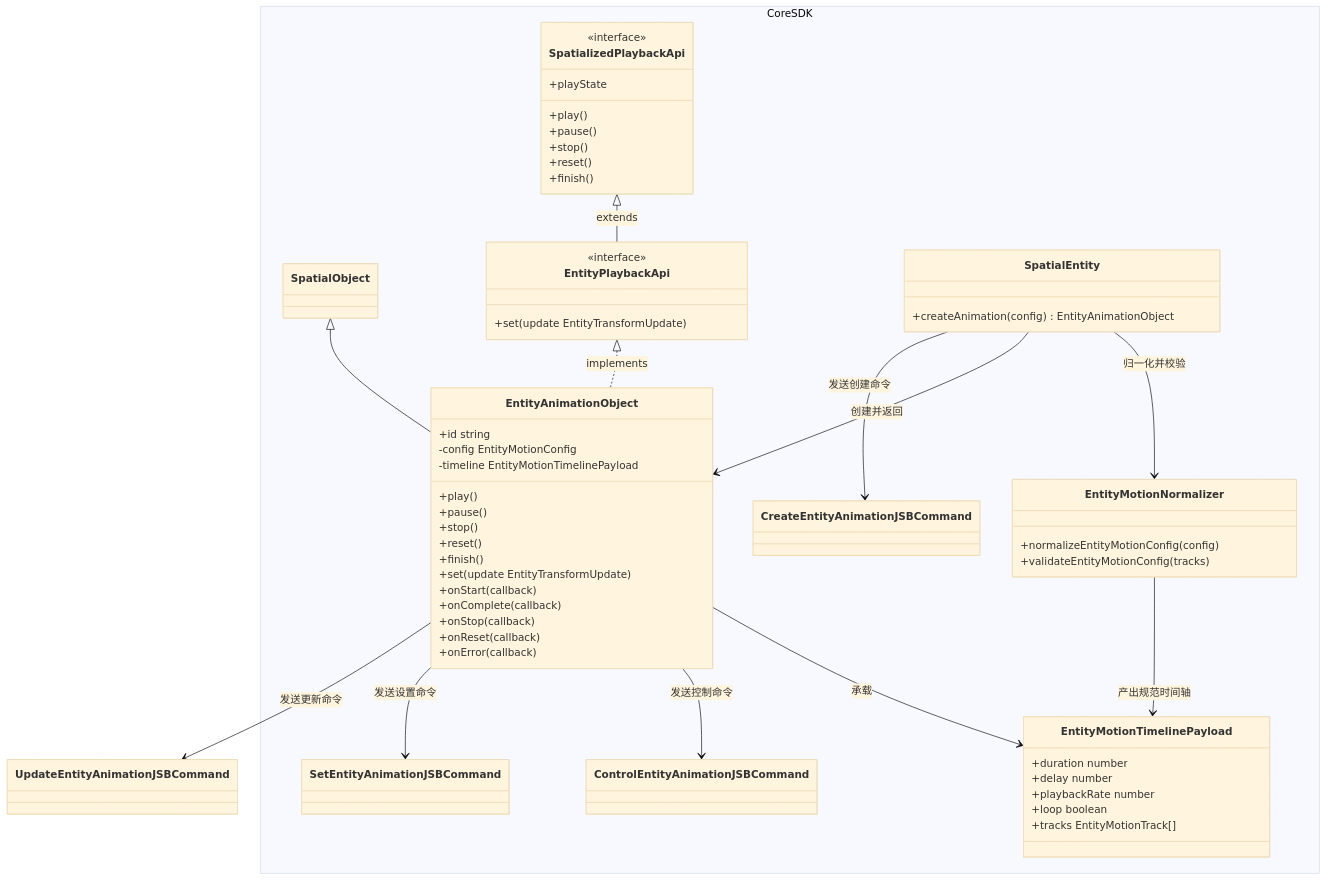
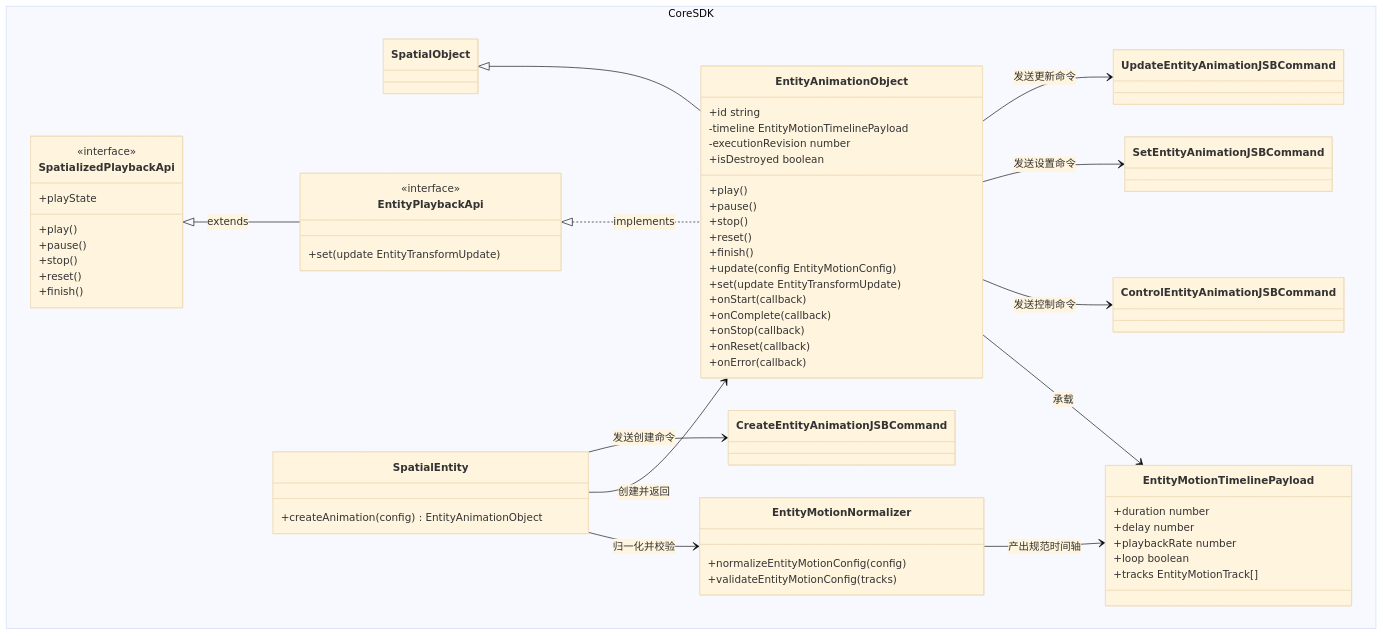
The sixth of 14 diagrams in openspec/changes/redesign-entity-motion-api/design.zh.md (webspatial/webspatial-sdk), drawn with Mermaid (base theme) before and after one commit. The commit also changed other lines of this file and 1 other file, not shown here.

Commit message:
docs(entity-motion): align design with final implementation

````diff
--- a/openspec/changes/redesign-entity-motion-api/design.zh.md
+++ b/openspec/changes/redesign-entity-motion-api/design.zh.md
@@ -610,63 +607,66 @@
 ```mermaid
 classDiagram
     namespace CoreSDK {
         class SpatialObject
         class SpatializedPlaybackApi {
             <<interface>>
             +play()
             +pause()
             +stop()
             +reset()
             +finish()
             +playState
         }
         class EntityPlaybackApi {
             <<interface>>
             +set(update EntityTransformUpdate)
         }
         class SpatialEntity {
             +createAnimation(config) EntityAnimationObject
         }
         class EntityMotionNormalizer {
             +normalizeEntityMotionConfig(config)
             +validateEntityMotionConfig(tracks)
         }
         class EntityMotionTimelinePayload {
             +duration number
             +delay number
             +playbackRate number
             +loop boolean
             +tracks EntityMotionTrack[]
         }
         class EntityAnimationObject {
             +id string
-            -config EntityMotionConfig
             -timeline EntityMotionTimelinePayload
+            -executionRevision number
+            +isDestroyed boolean
             +play()
             +pause()
             +stop()
             +reset()
             +finish()
+            +update(config EntityMotionConfig)
             +set(update EntityTransformUpdate)
             +onStart(callback)
             +onComplete(callback)
             +onStop(callback)
             +onReset(callback)
             +onError(callback)
         }
         class CreateEntityAnimationJSBCommand
         class ControlEntityAnimationJSBCommand
         class SetEntityAnimationJSBCommand
+        class UpdateEntityAnimationJSBCommand
     }
     SpatializedPlaybackApi <|-- EntityPlaybackApi : extends
     SpatialObject <|-- EntityAnimationObject
     EntityPlaybackApi <|.. EntityAnimationObject : implements
     SpatialEntity --> EntityMotionNormalizer : 归一化并校验
     EntityMotionNormalizer --> EntityMotionTimelinePayload : 产出规范时间轴
     SpatialEntity --> EntityAnimationObject : 创建并返回
     EntityAnimationObject --> EntityMotionTimelinePayload : 承载
     SpatialEntity --> CreateEntityAnimationJSBCommand : 发送创建命令
     EntityAnimationObject --> ControlEntityAnimationJSBCommand : 发送控制命令
     EntityAnimationObject --> SetEntityAnimationJSBCommand : 发送设置命令
     EntityAnimationObject --> UpdateEntityAnimationJSBCommand : 发送更新命令
 ```
````
